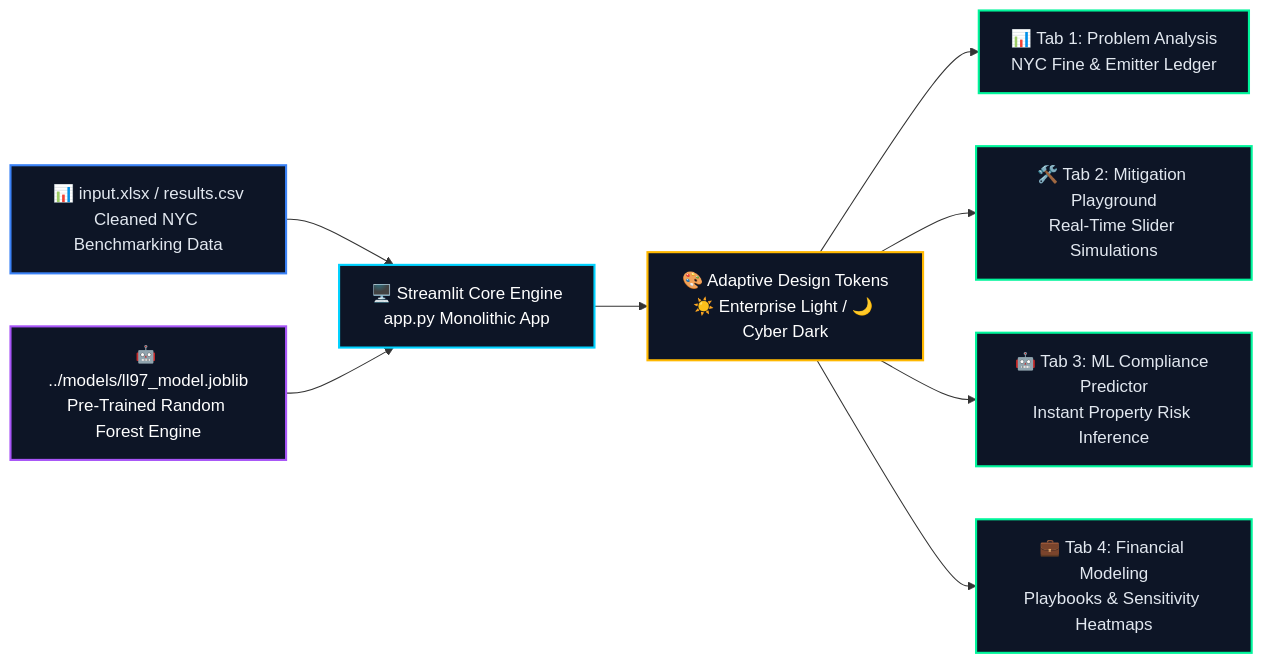
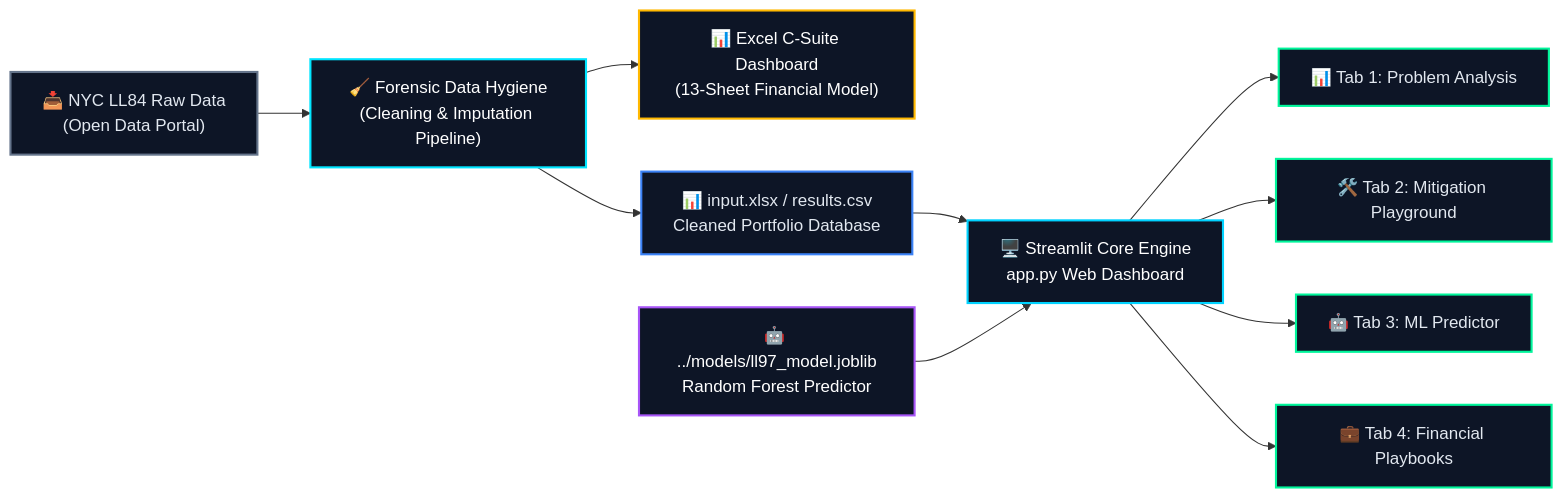
Before and after one commit to Huda-Amr/carbon-heist-mitigation: the diagram in application/README.md, drawn with Mermaid. The commit also changed 1 other file, not shown here.

Commit message:
Highlight Forensic Data Cleaning stage and Excel Executive C-Suite Dashboard stage across architecture flowcharts

````diff
--- a/application/README.md
+++ b/application/README.md
@@ -27,16 +27,20 @@
 ```mermaid
 flowchart LR
-    DATA["📊 input.xlsx / results.csv\nCleaned NYC Benchmarking Data"]:::data --> CORE["🖥️ Streamlit Core Engine\napp.py Monolithic App"]:::core
-    ML["🤖 ../models/ll97_model.joblib\nPre-Trained Random Forest Engine"]:::ml --> CORE
-    CORE --> THEME["🎨 Adaptive Design Tokens\n☀️ Enterprise Light / 🌙 Cyber Dark"]:::theme
-    THEME --> T1["📊 Tab 1: Problem Analysis\nNYC Fine & Emitter Ledger"]:::tab
-    THEME --> T2["🛠️ Tab 2: Mitigation Playground\nReal-Time Slider Simulations"]:::tab
-    THEME --> T3["🤖 Tab 3: ML Compliance Predictor\nInstant Property Risk Inference"]:::tab
-    THEME --> T4["💼 Tab 4: Financial Modeling\nPlaybooks & Sensitivity Heatmaps"]:::tab
+    RAW["📥 NYC LL84 Raw Data\n(Open Data Portal)"]:::raw --> CLEAN["🧹 Forensic Data Hygiene\n(Cleaning & Imputation Pipeline)"]:::clean
+    CLEAN --> EXCEL["📊 Excel C-Suite Dashboard\n(13-Sheet Financial Model)"]:::excel
+    CLEAN --> DATA["📊 input.xlsx / results.csv\nCleaned Portfolio Database"]:::data
+    DATA --> CORE["🖥️ Streamlit Core Engine\napp.py Web Dashboard"]:::core
+    ML["🤖 ../models/ll97_model.joblib\nRandom Forest Predictor"]:::ml --> CORE
+    CORE --> T1["📊 Tab 1: Problem Analysis"]:::tab
+    CORE --> T2["🛠️ Tab 2: Mitigation Playground"]:::tab
+    CORE --> T3["🤖 Tab 3: ML Predictor"]:::tab
+    CORE --> T4["💼 Tab 4: Financial Playbooks"]:::tab
 
+    classDef raw fill:#0d1526,stroke:#64748b,stroke-width:2px,color:#e2e8f0
+    classDef clean fill:#0d1526,stroke:#00E5FF,stroke-width:2px,color:#ffffff
+    classDef excel fill:#0d1526,stroke:#FFB800,stroke-width:2px,color:#ffffff
     classDef data fill:#0d1526,stroke:#3b82f6,stroke-width:2px,color:#e2e8f0
     classDef core fill:#0d1526,stroke:#00D2FF,stroke-width:2px,color:#ffffff
     classDef ml fill:#0d1526,stroke:#A855F7,stroke-width:2px,color:#ffffff
-    classDef theme fill:#0d1526,stroke:#FFB800,stroke-width:2px,color:#ffffff
     classDef tab fill:#0d1526,stroke:#00F59B,stroke-width:2px,color:#e2e8f0
 ```
````
